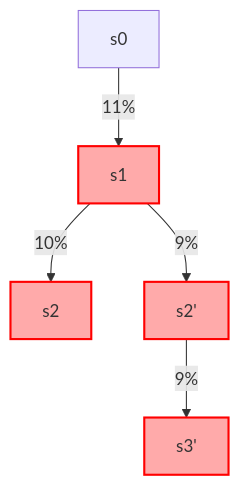
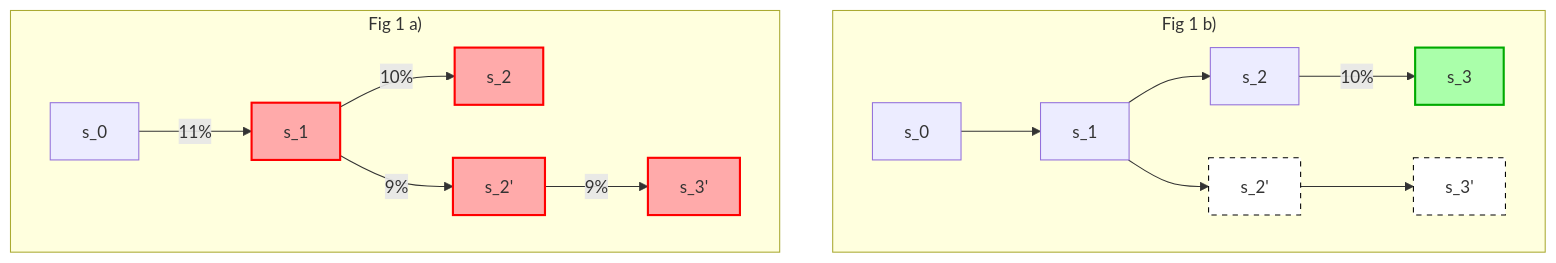
One commit to movementlabsxyz/MIP changed the first of 4 diagrams in MD/md-116/README.md. Above: the diagram before and after it, drawn with Mermaid. The commit also changed other lines of this file, not shown here.

Commit message:
update mermaids

````diff
--- a/MD/md-116/README.md
+++ b/MD/md-116/README.md
@@ -178,12 +174,28 @@
 ```mermaid
 graph TD
-  s0 -->|11%| s1
-  s1 -->|10%| s2
-  s1 -->|9%| s2'
-  s2' --> |9%| s3'
+  %% Subgraph for Fig 1 b
+  subgraph "Fig 1 b)"
+    s0b["s_0"] --> s1b["s_1"]
+    s1b --> s2b["s_2"]
+    s1b --> s2b'["s_2'"]
+    s2b -->|10%| s3b["s_3"]
+    s2b' --> s3b'["s_3'"]
 
-  style s1 fill:#faa,stroke:#f00,stroke-width:2px
-  style s2 fill:#faa,stroke:#f00,stroke-width:2px
-  style s2' fill:#faa,stroke:#f00,stroke-width:2px
-  style s3' fill:#faa,stroke:#f00,stroke-width:2px
+    style s2b' fill:#fff,stroke:#000,stroke-width:1px,stroke-dasharray: 5 5
+    style s3b' fill:#fff,stroke:#000,stroke-width:1px,stroke-dasharray: 5 5
+    style s3b fill:#afa,stroke:#0a0,stroke-width:2px
+  end
+
+  %% Subgraph for Fig 1 a
+  subgraph "Fig 1 a)"
+    s0a["s_0"] -->|11%| s1a["s_1"]
+    s1a -->|10%| s2a["s_2"]
+    s1a -->|9%| s2a'["s_2'"]
+    s2a' -->|9%| s3a'["s_3'"]
+
+    style s1a fill:#faa,stroke:#f00,stroke-width:2px
+    style s2a fill:#faa,stroke:#f00,stroke-width:2px
+    style s2a' fill:#faa,stroke:#f00,stroke-width:2px
+    style s3a' fill:#faa,stroke:#f00,stroke-width:2px
+  end
 ```
````
